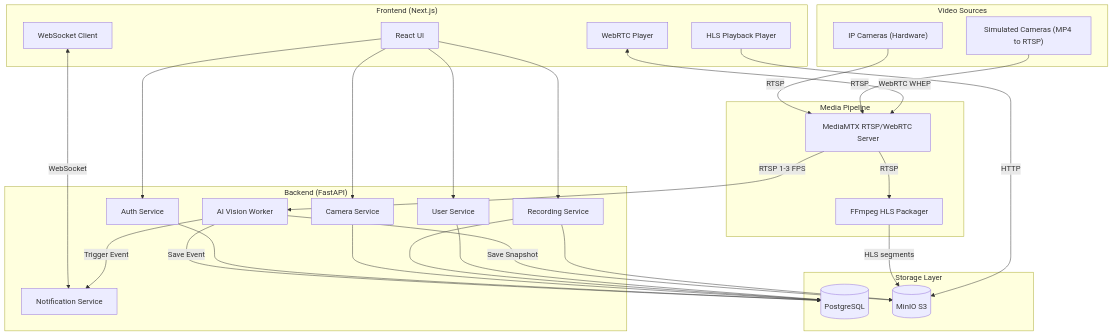
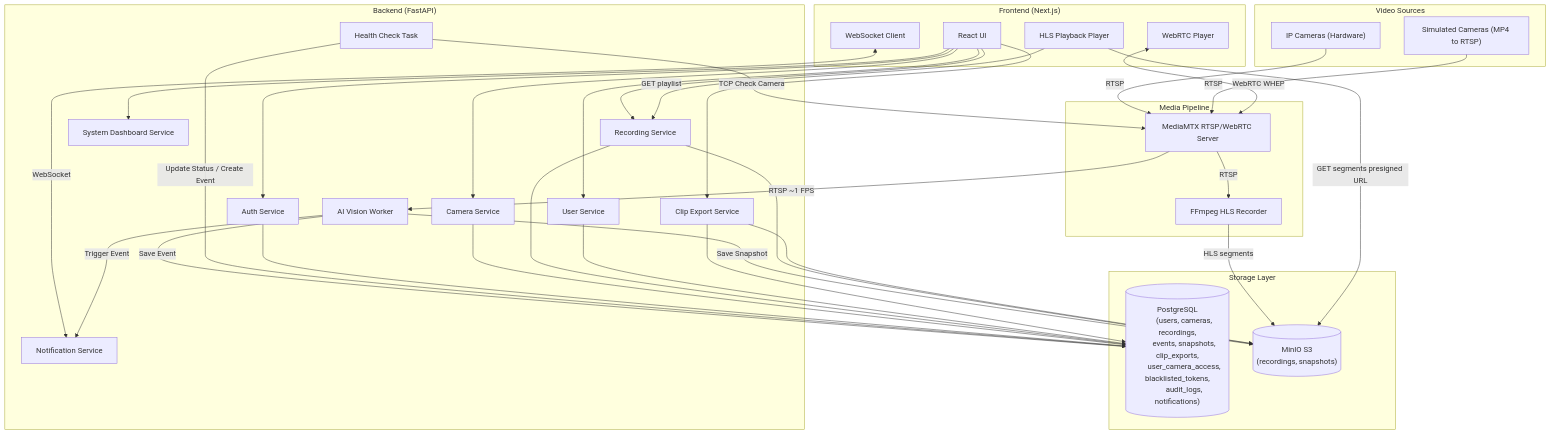
Before and after one commit to 20225760kquang/CNWEB_20252: the first of 10 diagrams in cam.ai/system_design_2_roles.md, drawn with Mermaid. The commit also changed other lines of this file, not shown here.

Commit message:
update system design

````diff
--- a/cam.ai/system_design_2_roles.md
+++ b/cam.ai/system_design_2_roles.md
@@ -26,57 +27,73 @@
 ```mermaid
 graph TB
     subgraph Client["Frontend (Next.js)"]
         UI[React UI]
         WEBRTC_P[WebRTC Player]
         HLS_P[HLS Playback Player]
         WS_CLI[WebSocket Client]
     end
 
     subgraph Backend["Backend (FastAPI)"]
         AUTH[Auth Service]
         CAM[Camera Service]
         REC[Recording Service]
         USER_S[User Service]
+        CLIP_S[Clip Export Service]
+        SYS_S[System Dashboard Service]
         WS_SERV[Notification Service]
         AI_WORKER[AI Vision Worker]
+        HEALTH[Health Check Task]
     end
 
     subgraph Media["Media Pipeline"]
         MTX["MediaMTX RTSP/WebRTC Server"]
-        FF_REC[FFmpeg HLS Packager]
+        FF_REC[FFmpeg HLS Recorder]
     end
 
     subgraph Storage["Storage Layer"]
-        PG[(PostgreSQL)]
-        MINIO[(MinIO S3)]
+        PG[("PostgreSQL
+        (users, cameras, recordings,
+        events, snapshots, clip_exports,
+        user_camera_access, blacklisted_tokens,
+        audit_logs, notifications)")]
+        MINIO[("MinIO S3
+        (recordings, snapshots)")]
     end
 
     subgraph Cameras["Video Sources"]
         C_REAL["IP Cameras (Hardware)"]
         C_SIM["Simulated Cameras (MP4 to RTSP)"]
     end
 
     C_REAL -->|RTSP| MTX
     C_SIM -->|RTSP| MTX
     MTX -->|RTSP| FF_REC
     FF_REC -->|HLS segments| MINIO
 
     UI --> AUTH
     UI --> CAM
     UI --> REC
     UI --> USER_S
+    UI --> CLIP_S
+    UI --> SYS_S
     WS_CLI <-->|WebSocket| WS_SERV
     WEBRTC_P <-->|WebRTC WHEP| MTX
-    HLS_P -->|HTTP| MINIO
+    HLS_P -->|GET playlist| REC
+    HLS_P -->|GET segments presigned URL| MINIO
 
-    MTX -->|RTSP 1-3 FPS| AI_WORKER
+    MTX -->|RTSP ~1 FPS| AI_WORKER
     AI_WORKER -->|Save Snapshot| MINIO
     AI_WORKER -->|Save Event| PG
     AI_WORKER -->|Trigger Event| WS_SERV
+
+    HEALTH -->|TCP Check Camera| MTX
+    HEALTH -->|Update Status / Create Event| PG
 
     AUTH --> PG
     CAM --> PG
     REC --> PG
     USER_S --> PG
     REC --> MINIO
+    CLIP_S --> MINIO
+    CLIP_S --> PG
 ```
````
